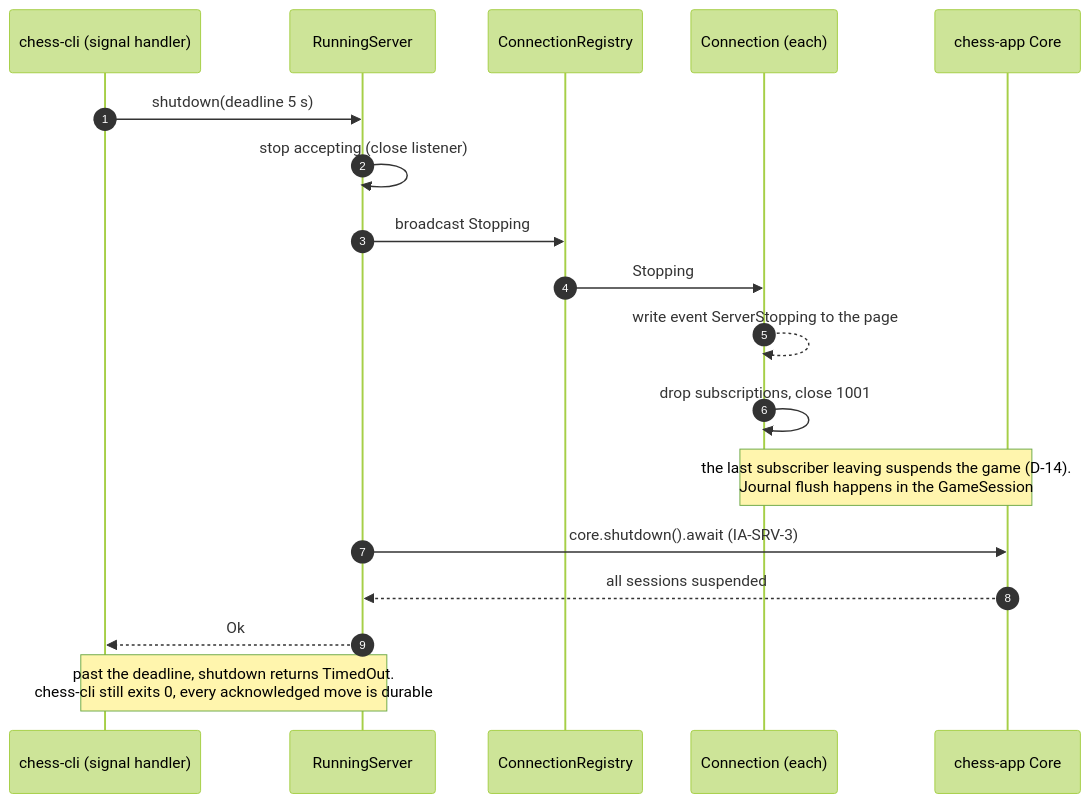
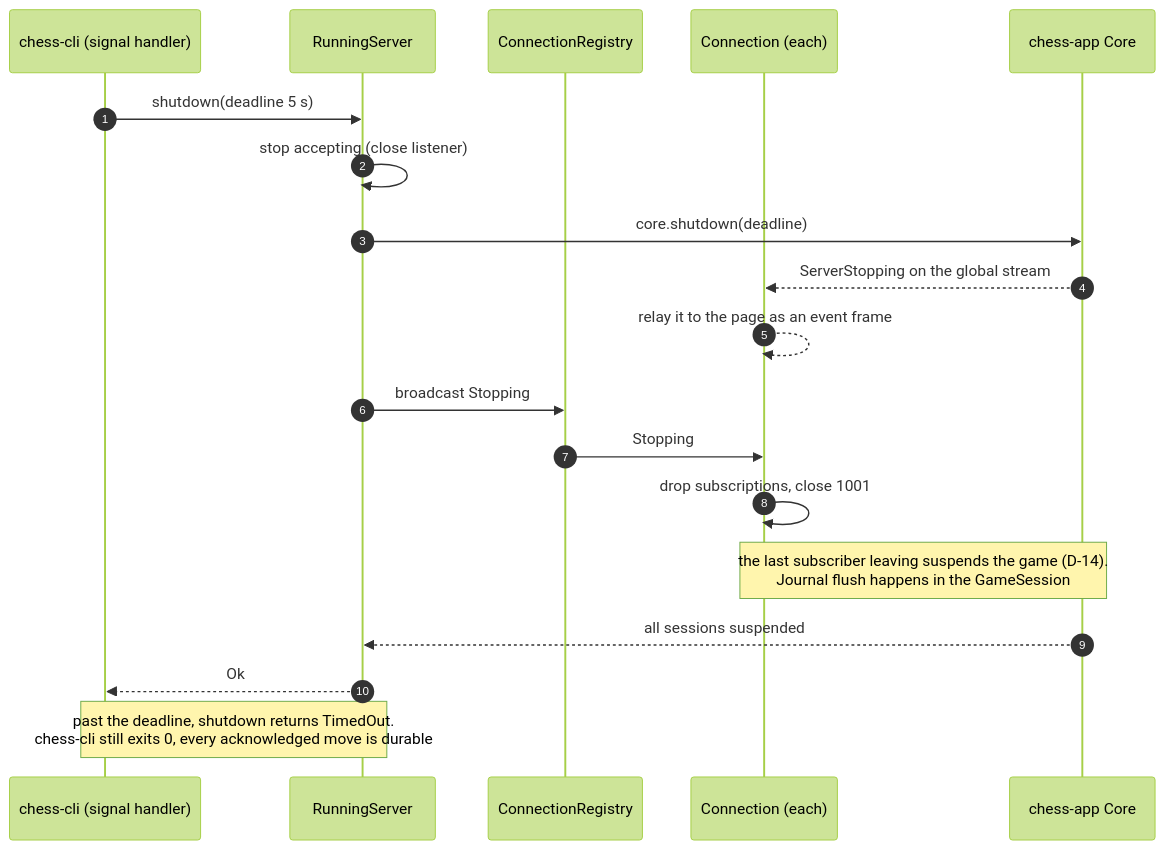
One commit to bprascher/chess changed the fifth of 7 diagrams in docs/design/SDD-chess-server.md. Above: the diagram before and after it, drawn with Mermaid (forest theme). The commit also changed other lines of this file and 17 other files, not shown here.

First line of the commit message:
Apply architecture addendum B and C to the SDDs and add the v0.4 consistency pass

````diff
--- a/docs/design/SDD-chess-server.md
+++ b/docs/design/SDD-chess-server.md
@@ -255,20 +261,21 @@
 ```mermaid
 sequenceDiagram
     autonumber
     participant CLI as chess-cli (signal handler)
     participant S as RunningServer
     participant L as ConnectionRegistry
     participant C as Connection (each)
     participant K as chess-app Core
     CLI->>S: shutdown(deadline 5 s)
     S->>S: stop accepting (close listener)
+    S->>K: core.shutdown(deadline)
+    K-->>C: ServerStopping on the global stream
+    C-->>C: relay it to the page as an event frame
     S->>L: broadcast Stopping
     L->>C: Stopping
-    C-->>C: write event ServerStopping to the page
     C->>C: drop subscriptions, close 1001
     Note over C,K: the last subscriber leaving suspends the game (D-14).<br/>Journal flush happens in the GameSession
-    S->>K: core.shutdown().await (IA-SRV-3)
     K-->>S: all sessions suspended
     S-->>CLI: Ok
     Note over CLI,S: past the deadline, shutdown returns TimedOut.<br/>chess-cli still exits 0, every acknowledged move is durable
 ```
````
